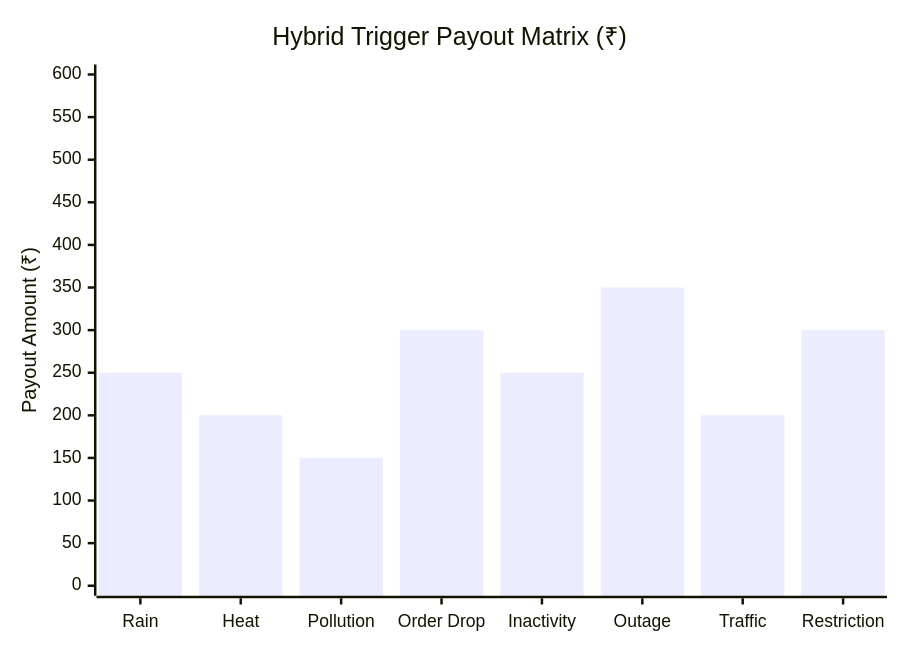
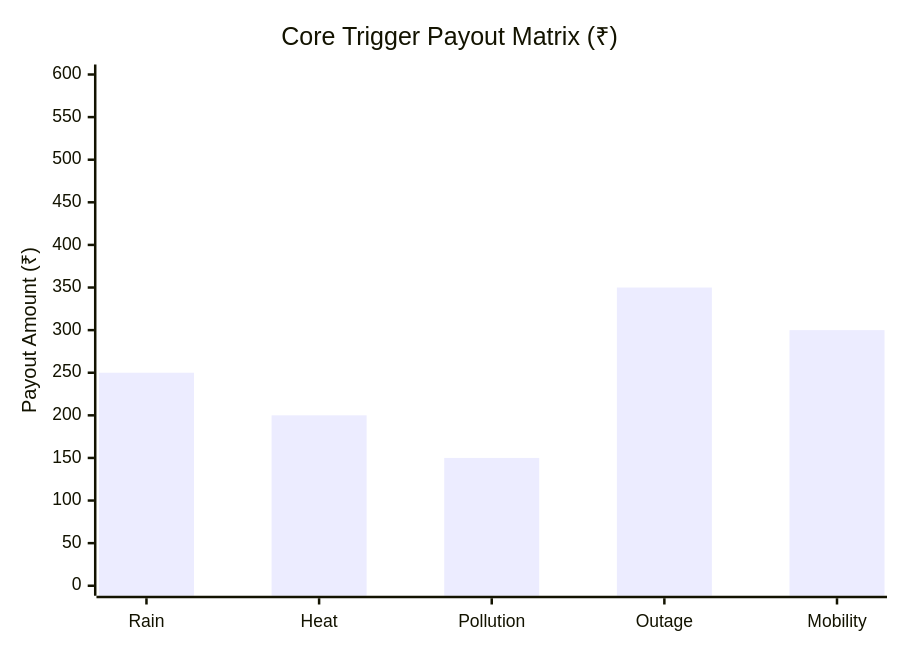
Before and after one commit to ed6095-web/Guidewire-DEVTrails-2026: the fourth of 4 diagrams in README.md, drawn with Mermaid. The commit also changed other lines of this file, not shown here.

````diff
--- a/README.md
+++ b/README.md
@@ -202,7 +206,7 @@
 ```mermaid
 xychart-beta
-    title "Hybrid Trigger Payout Matrix (₹)"
-    x-axis ["Rain","Heat","Pollution","Order Drop","Inactivity","Outage","Traffic","Restriction"]
+    title "Core Trigger Payout Matrix (₹)"
+    x-axis ["Rain","Heat","Pollution","Outage","Mobility"]
     y-axis "Payout Amount (₹)" 0 --> 600
-    bar [250,200,150,300,250,350,200,300]
+    bar [250,200,150,350,300]
 ```
````
